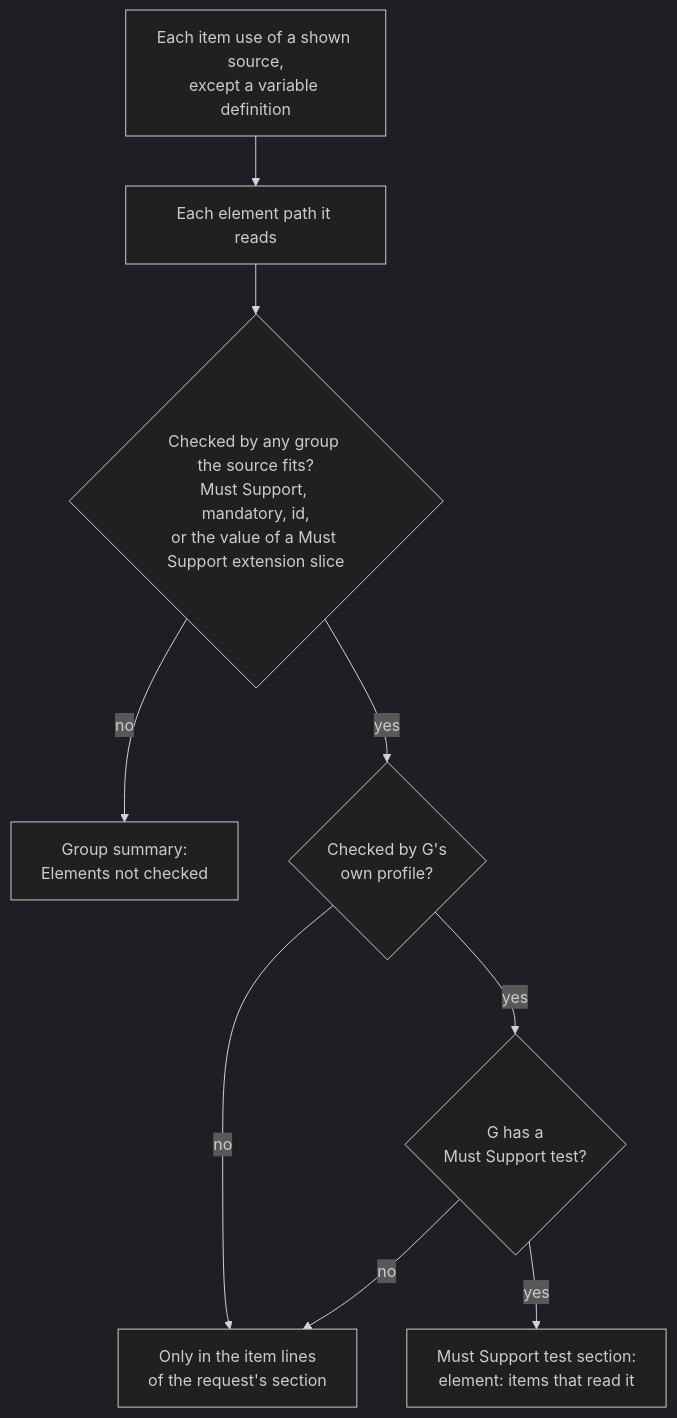
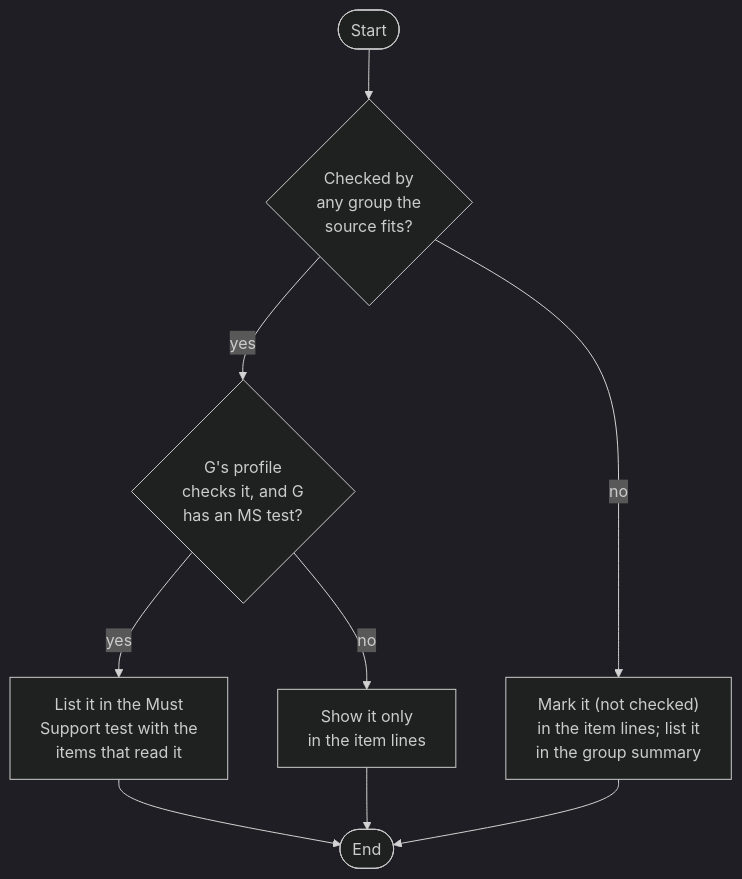
One commit to hl7au/inferno_suite_generator changed the fifth of 5 diagrams in documentation/questionnaire_usage_tracing.md. Above: the diagram before and after it, drawn with Mermaid (dark theme). The commit also changed other lines of this file, not shown here.

Commit message:
Update documentation for the questionnaire usage tracing feature

````diff
--- a/documentation/questionnaire_usage_tracing.md
+++ b/documentation/questionnaire_usage_tracing.md
@@ -188,11 +452,11 @@
 ```mermaid
 flowchart TD
-    usage["Each item use of a shown source,<br/>except a variable definition"] --> path["Each element path it reads"]
-    path --> checked{"Checked by any group the source fits?<br/>Must Support, mandatory, id,<br/>or the value of a Must Support extension slice"}
-    checked -- no --> notchecked["Group summary:<br/>Elements not checked"]
-    checked -- yes --> own{"Checked by G's<br/>own profile?"}
-    own -- no --> itemonly["Only in the item lines<br/>of the request's section"]
-    own -- yes --> ms{"G has a<br/>Must Support test?"}
-    ms -- yes --> mstest["Must Support test section:<br/>element: items that read it"]
-    ms -- no --> itemonly
+    start([Start]) --> any{"Checked by<br/>any group the<br/>source fits?"}
+    any -- yes --> own{"G's profile<br/>checks it, and G<br/>has an MS test?"}
+    any -- no --> unchecked["Mark it (not checked)<br/>in the item lines; list it<br/>in the group summary"]
+    own -- yes --> must_support["List it in the Must<br/>Support test with the<br/>items that read it"]
+    own -- no --> lines["Show it only<br/>in the item lines"]
+    must_support --> finish([End])
+    lines --> finish
+    unchecked --> finish
 ```
````
